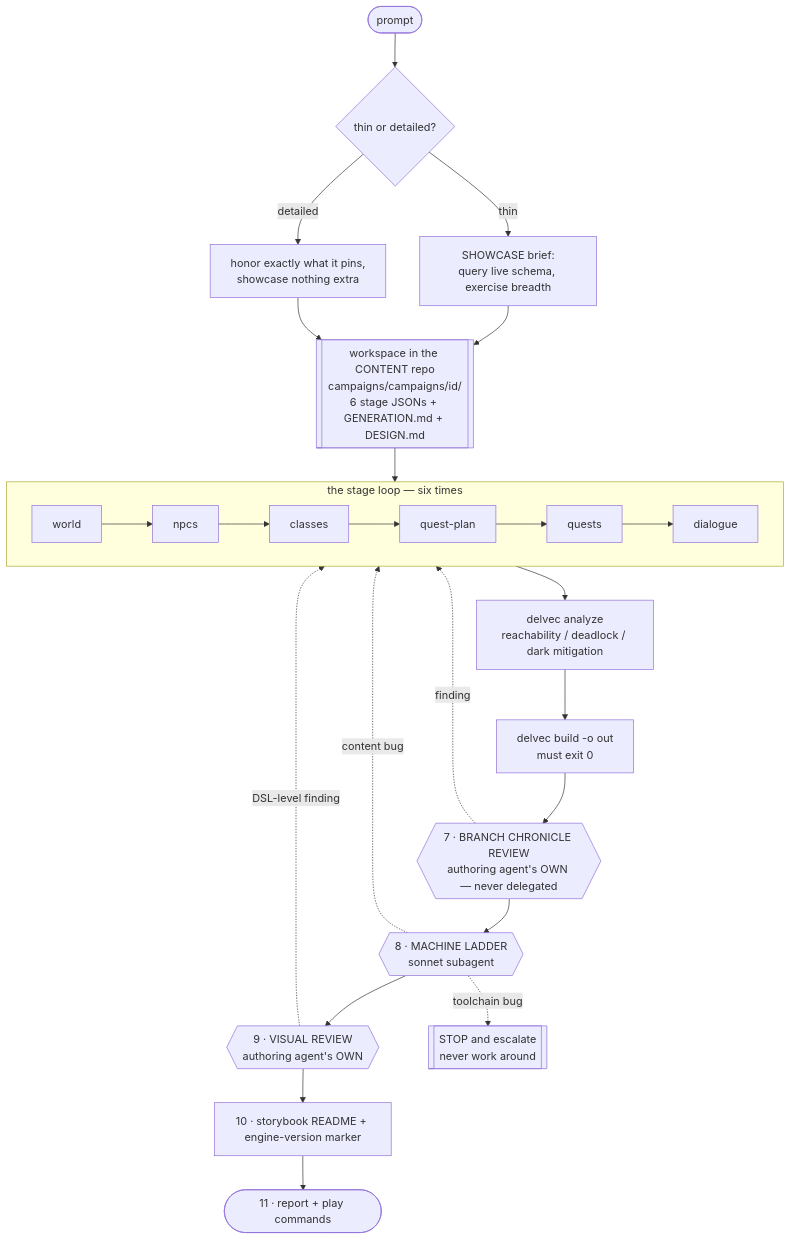
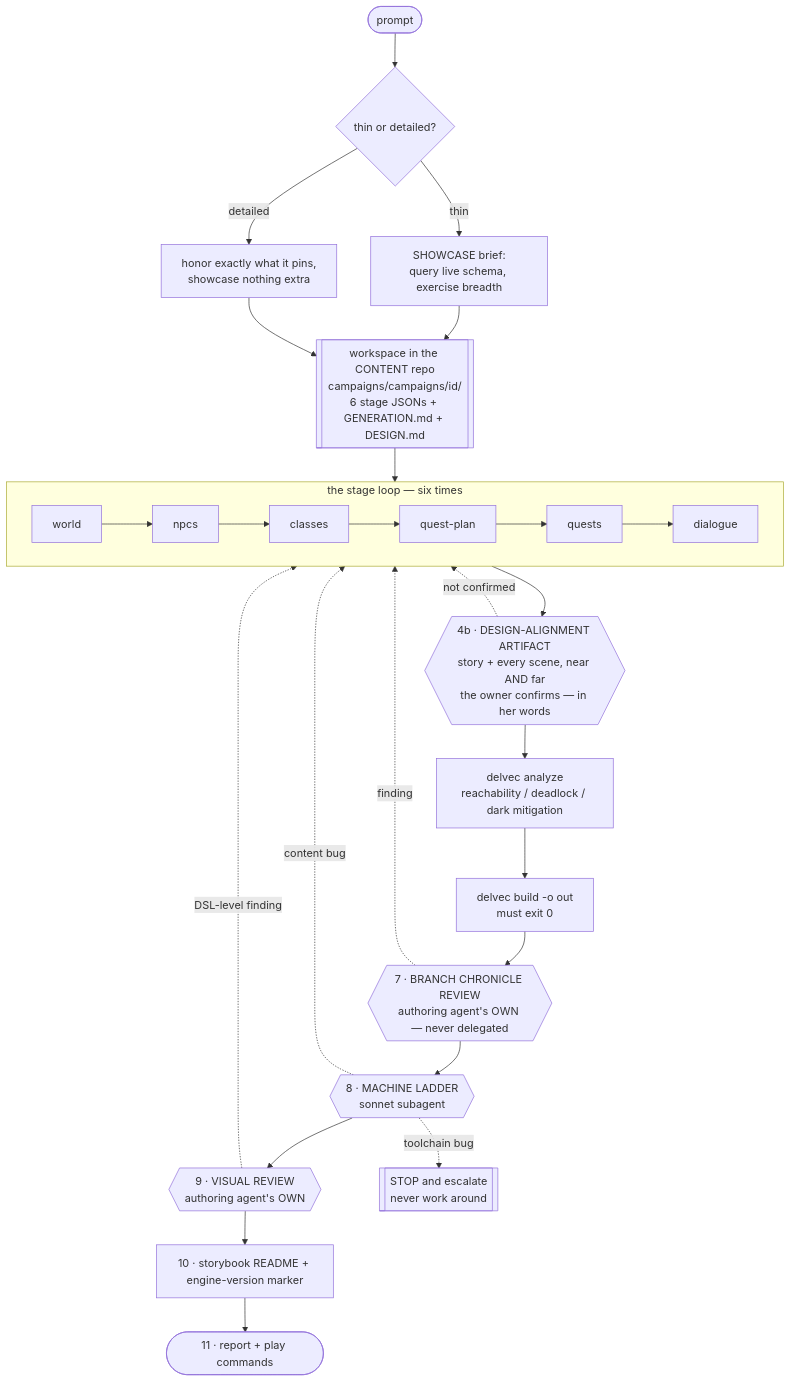
Before and after one commit to stellarfeline/delvewright: the first of 3 diagrams in docs/reference/skill-workflow.md, drawn with Mermaid. The commit also changed other lines of this file and 1 other file, not shown here.

````diff
--- a/docs/reference/skill-workflow.md
+++ b/docs/reference/skill-workflow.md
@@ -16,28 +16,30 @@
 ```mermaid
 flowchart TD
     P([prompt]) --> M{thin or detailed?}
     M -->|thin| SH[SHOWCASE brief:<br/>query live schema, exercise breadth]
     M -->|detailed| HB[honor exactly what it pins,<br/>showcase nothing extra]
     SH --> WS
     HB --> WS
     WS[["workspace in the CONTENT repo<br/>campaigns/campaigns/id/<br/>6 stage JSONs + GENERATION.md + DESIGN.md"]]
 
     WS --> L
     subgraph L ["the stage loop — six times"]
         direction LR
         S1[world] --> S2[npcs] --> S3[classes] --> S4[quest-plan] --> S5[quests] --> S6[dialogue]
     end
 
-    L --> A["delvec analyze<br/>reachability / deadlock / dark mitigation"]
+    L --> AG{{"4b · DESIGN-ALIGNMENT ARTIFACT<br/>story + every scene, near AND far<br/>the owner confirms — in her words"}}
+    AG -.not confirmed.-> L
+    AG --> A["delvec analyze<br/>reachability / deadlock / dark mitigation"]
     A --> B["delvec build -o out<br/>must exit 0"]
     B --> G7{{"7 · BRANCH CHRONICLE REVIEW<br/>authoring agent's OWN — never delegated"}}
     G7 --> G8{{"8 · MACHINE LADDER<br/>sonnet subagent"}}
     G8 --> G9{{"9 · VISUAL REVIEW<br/>authoring agent's OWN"}}
     G9 --> G10["10 · storybook README + engine-version marker"]
     G10 --> R([11 · report + play commands])
 
     G7 -.finding.-> L
     G8 -.content bug.-> L
     G8 -.toolchain bug.-> ESC[[STOP and escalate<br/>never work around]]
     G9 -.DSL-level finding.-> L
 ```
````
